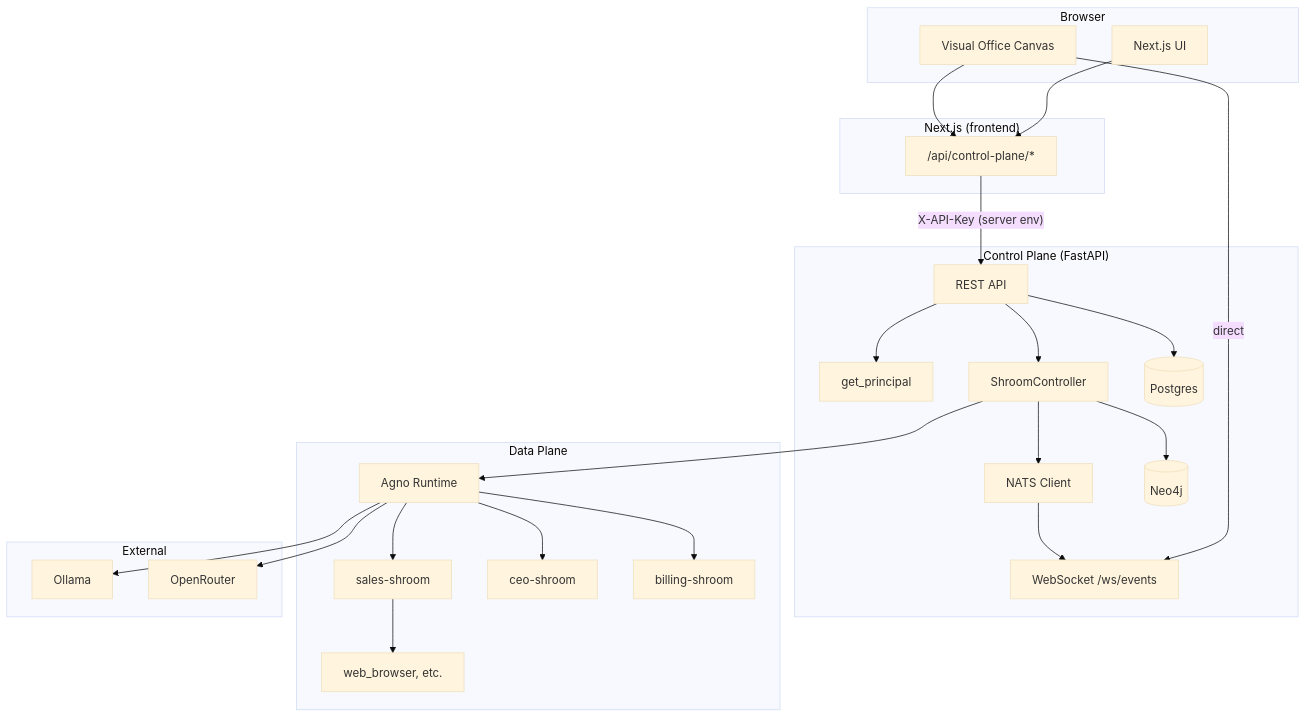
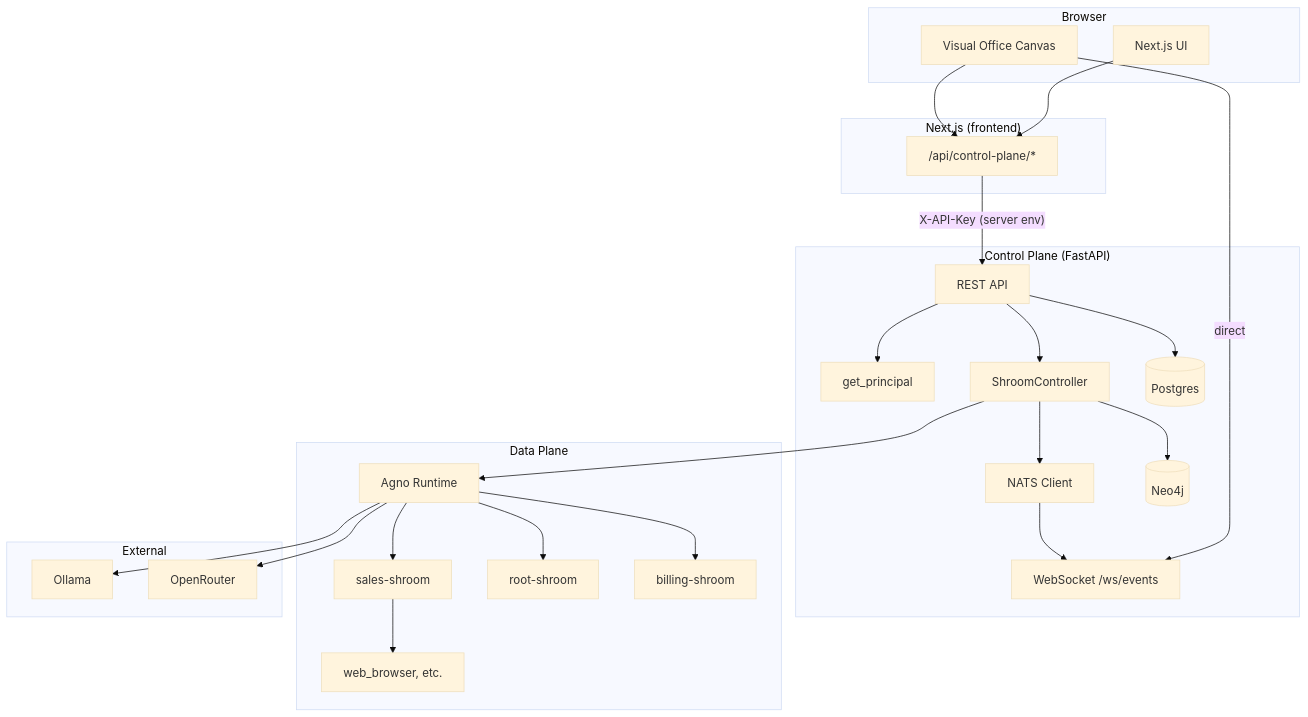
One commit to HannesDS/mycelium-os changed the first of 8 diagrams in docs/design/ARCHITECTURE.md. Above: the diagram before and after it, drawn with Mermaid (base theme). The commit also changed 60 other files, not shown here.

First line of the commit message:
chore: rename ceo-shroom to root-shroom everywhere (mo-vuk)

````diff
--- a/docs/design/ARCHITECTURE.md
+++ b/docs/design/ARCHITECTURE.md
@@ -5,52 +5,52 @@
 ```mermaid
 flowchart TB
     subgraph Client["Browser"]
         UI[Next.js UI]
         Canvas[Visual Office Canvas]
     end
 
     subgraph Frontend["Next.js (frontend)"]
         Proxy["/api/control-plane/*"]
         UI --> Proxy
         Canvas --> Proxy
     end
 
     subgraph ControlPlane["Control Plane (FastAPI)"]
         API[REST API]
         WS[WebSocket /ws/events]
         Auth[get_principal]
         Controller[ShroomController]
         NATS[NATS Client]
         DB[(Postgres)]
         Neo4j[(Neo4j)]
     end
 
     subgraph DataPlane["Data Plane"]
         Agno[Agno Runtime]
         Shroom1[sales-shroom]
-        Shroom2[ceo-shroom]
+        Shroom2[root-shroom]
         Shroom3[billing-shroom]
         Tools[web_browser, etc.]
     end
 
     subgraph External["External"]
         Ollama[Ollama]
         OpenRouter[OpenRouter]
     end
 
     Proxy -->|"X-API-Key (server env)"| API
     Canvas -->|"direct"| WS
     API --> Auth
     API --> Controller
     API --> DB
     Controller --> Agno
     Controller --> NATS
     Controller --> Neo4j
     Agno --> Shroom1
     Agno --> Shroom2
     Agno --> Shroom3
     Shroom1 --> Tools
     Agno --> Ollama
     Agno --> OpenRouter
     NATS --> WS
 ```
````
